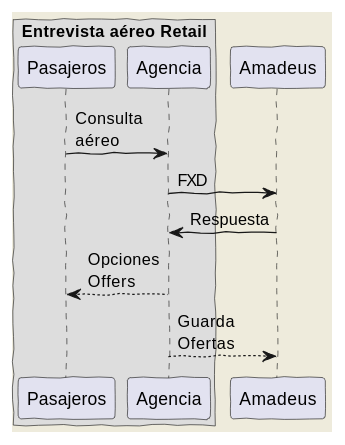
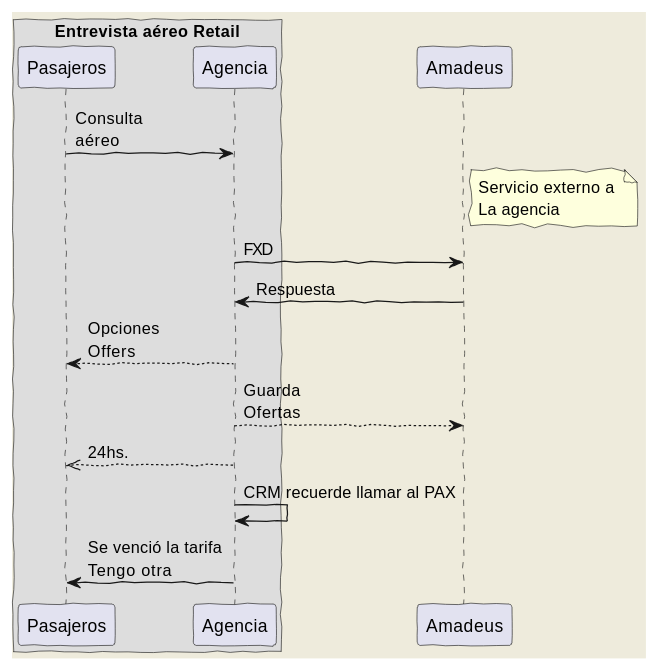
Diagram 22 of 25 in Ejemplos_markdown.md (MarcoCenturion/Linux), drawn with PlantUML before and after one commit. The commit also changed other lines of this file, not shown here.

Commit message:
Plantuml para Markdown

```diff
--- a/Ejemplos_markdown.md
+++ b/Ejemplos_markdown.md
@@ -543,17 +542,22 @@
 @startuml
 
 skinparam backgroundColor #EEEBDC
 skinparam handwritten true
 box "Entrevista aéreo Retail"
 participant Pasajeros
 Participant Agencia
 end box
 Participant Amadeus
 
 
 Pasajeros -> Agencia : Consulta\naéreo
+note right of Amadeus : Servicio externo a \nLa agencia
 Agencia -> Amadeus : FXD
 Amadeus -> Agencia : Respuesta
 Agencia --> Pasajeros : Opciones\nOffers
 Agencia --> Amadeus : Guarda\nOfertas
+Agencia -->> Pasajeros : 24hs.
+Agencia -> Agencia : CRM recuerde llamar al PAX
+Agencia -> Pasajeros : Se venció la tarifa \nTengo otra
+
 @enduml
```
